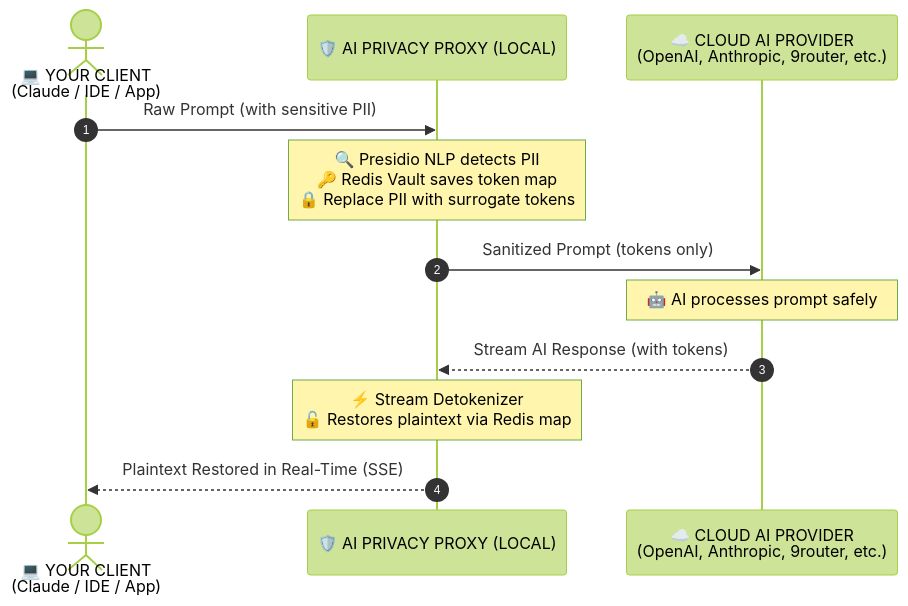
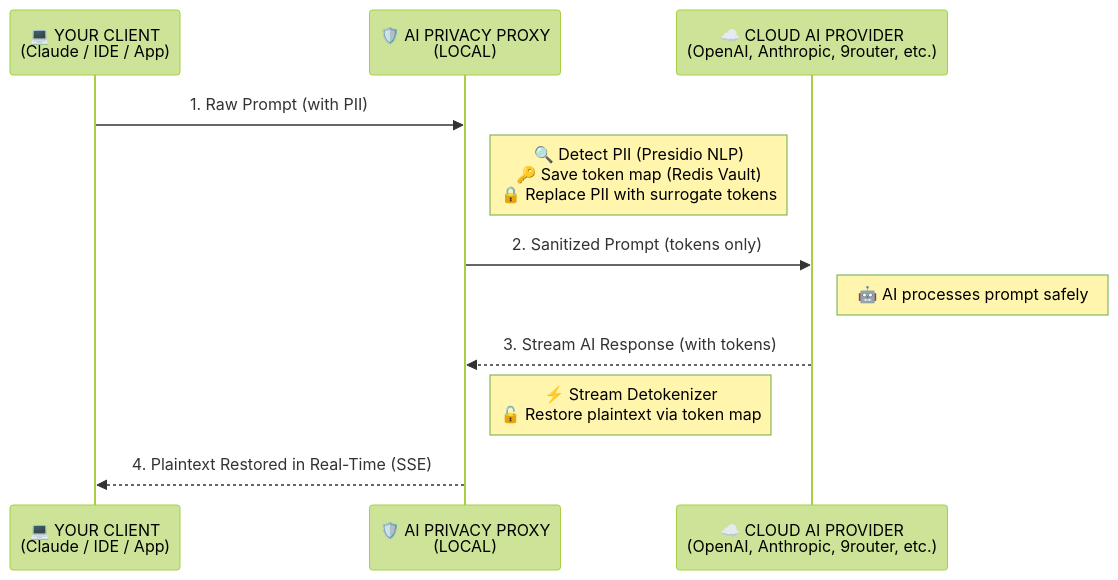
One commit to fahrurozi/AI-Privacy-Proxy changed the diagram in README.md. Above: the diagram before and after it, drawn with Mermaid (forest theme).

Commit message:
docs: enhance Mermaid sequence diagram layout and annotations

````diff
--- a/README.md
+++ b/README.md
@@ -34,15 +34,17 @@
 ```mermaid
 sequenceDiagram
-    autonumber
-    actor Client as 💻 YOUR CLIENT<br/>(Claude / IDE / App)
-    participant Proxy as 🛡️ AI PRIVACY PROXY (LOCAL)
-    participant Cloud as ☁️ CLOUD AI PROVIDER<br/>(OpenAI, Anthropic, 9router, etc.)
+    participant C as 💻 YOUR CLIENT<br/>(Claude / IDE / App)
+    participant P as 🛡️ AI PRIVACY PROXY<br/>(LOCAL)
+    participant A as ☁️ CLOUD AI PROVIDER<br/>(OpenAI, Anthropic, 9router, etc.)
 
-    Client->>Proxy: Raw Prompt (with sensitive PII)
-    Note over Proxy: 🔍 Presidio NLP detects PII<br/>🔑 Redis Vault saves token map<br/>🔒 Replace PII with surrogate tokens
-    Proxy->>Cloud: Sanitized Prompt (tokens only)
-    Note over Cloud: 🤖 AI processes prompt safely
-    Cloud-->>Proxy: Stream AI Response (with tokens)
-    Note over Proxy: ⚡ Stream Detokenizer<br/>🔓 Restores plaintext via Redis map
-    Proxy-->>Client: Plaintext Restored in Real-Time (SSE)
+    C->>P: 1. Raw Prompt (with PII)
+    Note right of P: 🔍 Detect PII (Presidio NLP)<br/>🔑 Save token map (Redis Vault)<br/>🔒 Replace PII with surrogate tokens
+
+    P->>A: 2. Sanitized Prompt (tokens only)
+    Note right of A: 🤖 AI processes prompt safely
+
+    A-->>P: 3. Stream AI Response (with tokens)
+    Note right of P: ⚡ Stream Detokenizer<br/>🔓 Restore plaintext via token map
+
+    P-->>C: 4. Plaintext Restored in Real-Time (SSE)
 ```
````
